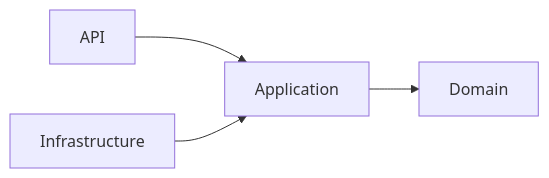
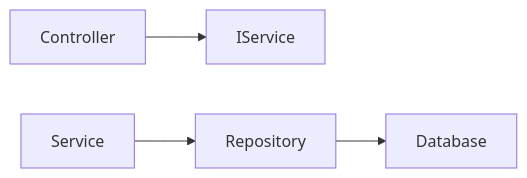
Before and after one commit to hakodev2k/Daily-OpenAI: the second of 4 diagrams in Daily Knowledge Sharing/2026-08-17-2230.md, drawn with Mermaid. The commit also changed other lines of this file, not shown here.

````diff
--- a/Daily Knowledge Sharing/2026-08-17-2230.md
+++ b/Daily Knowledge Sharing/2026-08-17-2230.md
@@ -30,6 +63,6 @@
 ```mermaid
 flowchart LR
-API --> Application
-Application --> Domain
-Infrastructure --> Application
+Controller --> IService
+Service --> Repository
+Repository --> Database
 ```
````
